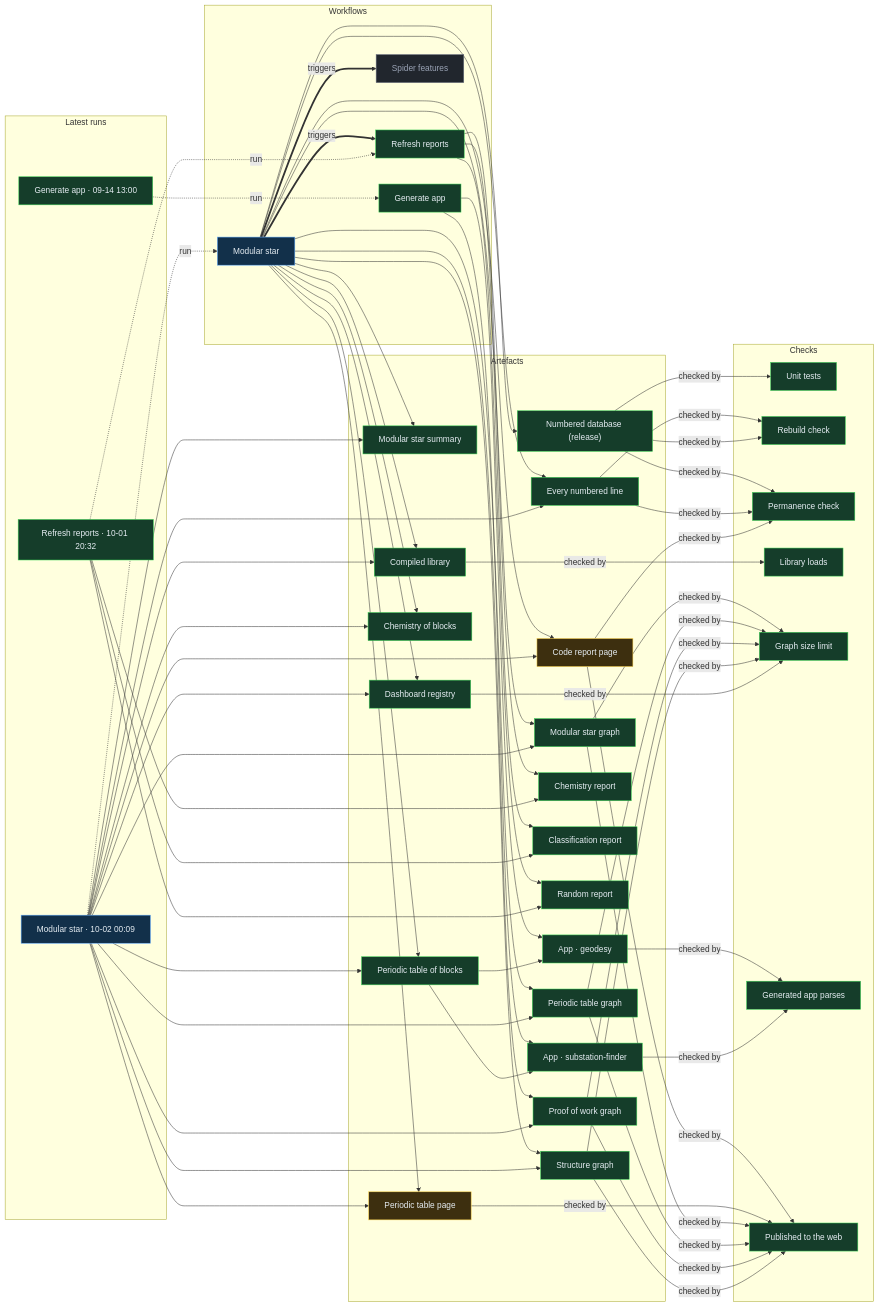
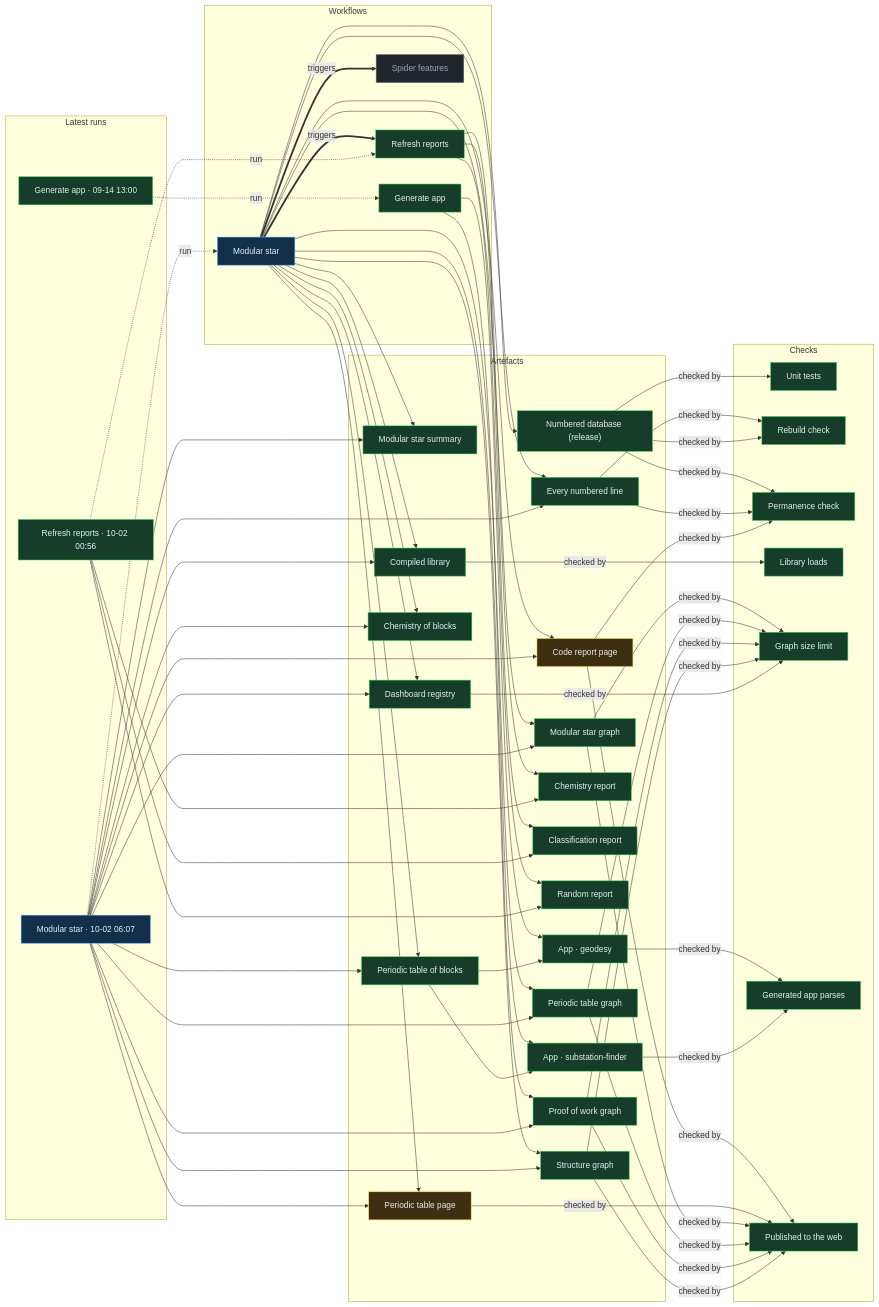
One commit to Ventusltd/stars changed the diagram in proof/PROOF.md. Above: the diagram before and after it, drawn with Mermaid. The commit also changed other lines of this file and 37 other files, not shown here.

Commit message:
Modular star 2026-10-02T06:10Z

```diff
--- a/proof/PROOF.md
+++ b/proof/PROOF.md
@@ -24,8 +24,8 @@
   n_wf_spider_features["Spider features"]:::off
   end
   subgraph g_runs["Latest runs"]
-  n_run_36944580718["Modular star · 10-02 00:09"]:::live
-  n_run_36922370104["Refresh reports · 10-01 20:32"]:::ok
+  n_run_36972076698["Modular star · 10-02 06:07"]:::live
+  n_run_36948491142["Refresh reports · 10-02 00:56"]:::ok
   n_run_34846587798["Generate app · 09-14 13:00"]:::ok
   end
   subgraph g_artefacts["Artefacts"]
@@ -59,39 +59,39 @@
   end
   n_wf_modular_star == triggers ==> n_wf_refresh
   n_wf_modular_star == triggers ==> n_wf_spider_features
-  n_run_36944580718 -. run .-> n_wf_modular_star
-  n_run_36922370104 -. run .-> n_wf_refresh
+  n_run_36972076698 -. run .-> n_wf_modular_star
+  n_run_36948491142 -. run .-> n_wf_refresh
   n_run_34846587798 -. run .-> n_wf_generate
   n_wf_modular_star --> n_art_summary
-  n_run_36944580718 --> n_art_summary
+  n_run_36972076698 --> n_art_summary
   n_wf_modular_star --> n_art_lines
-  n_run_36944580718 --> n_art_lines
+  n_run_36972076698 --> n_art_lines
   n_wf_modular_star --> n_art_code
-  n_run_36944580718 --> n_art_code
+  n_run_36972076698 --> n_art_code
   n_wf_modular_star --> n_art_modular_graph
-  n_run_36944580718 --> n_art_modular_graph
+  n_run_36972076698 --> n_art_modular_graph
   n_wf_modular_star --> n_art_blocks
-  n_run_36944580718 --> n_art_blocks
+  n_run_36972076698 --> n_art_blocks
   n_wf_modular_star --> n_art_table
-  n_run_36944580718 --> n_art_table
+  n_run_36972076698 --> n_art_table
   n_wf_modular_star --> n_art_blocks_graph
-  n_run_36944580718 --> n_art_blocks_graph
+  n_run_36972076698 --> n_art_blocks_graph
   n_wf_modular_star --> n_art_reactions
-  n_run_36944580718 --> n_art_reactions
+  n_run_36972076698 --> n_art_reactions
   n_wf_modular_star --> n_art_library
-  n_run_36944580718 --> n_art_library
+  n_run_36972076698 --> n_art_library
   n_wf_modular_star --> n_art_features
-  n_run_36944580718 --> n_art_features
+  n_run_36972076698 --> n_art_features
   n_wf_modular_star --> n_art_proof
-  n_run_36944580718 --> n_art_proof
+  n_run_36972076698 --> n_art_proof
   n_wf_modular_star --> n_art_structure
-  n_run_36944580718 --> n_art_structure
+  n_run_36972076698 --> n_art_structure
   n_wf_refresh --> n_art_chemistry
-  n_run_36922370104 --> n_art_chemistry
+  n_run_36948491142 --> n_art_chemistry
   n_wf_refresh --> n_art_vedic
-  n_run_36922370104 --> n_art_vedic
+  n_run_36948491142 --> n_art_vedic
   n_wf_refresh --> n_art_random
-  n_run_36922370104 --> n_art_random
+  n_run_36948491142 --> n_art_random
   n_wf_modular_star --> n_art_release
   n_wf_generate --> n_app_geodesy
   n_art_blocks --> n_app_geodesy
```
